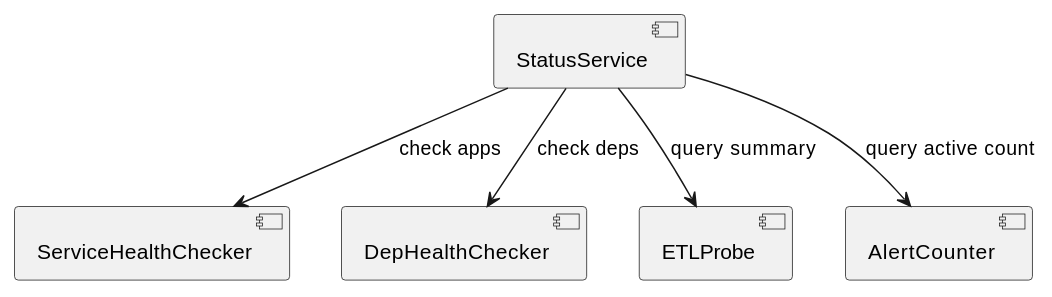
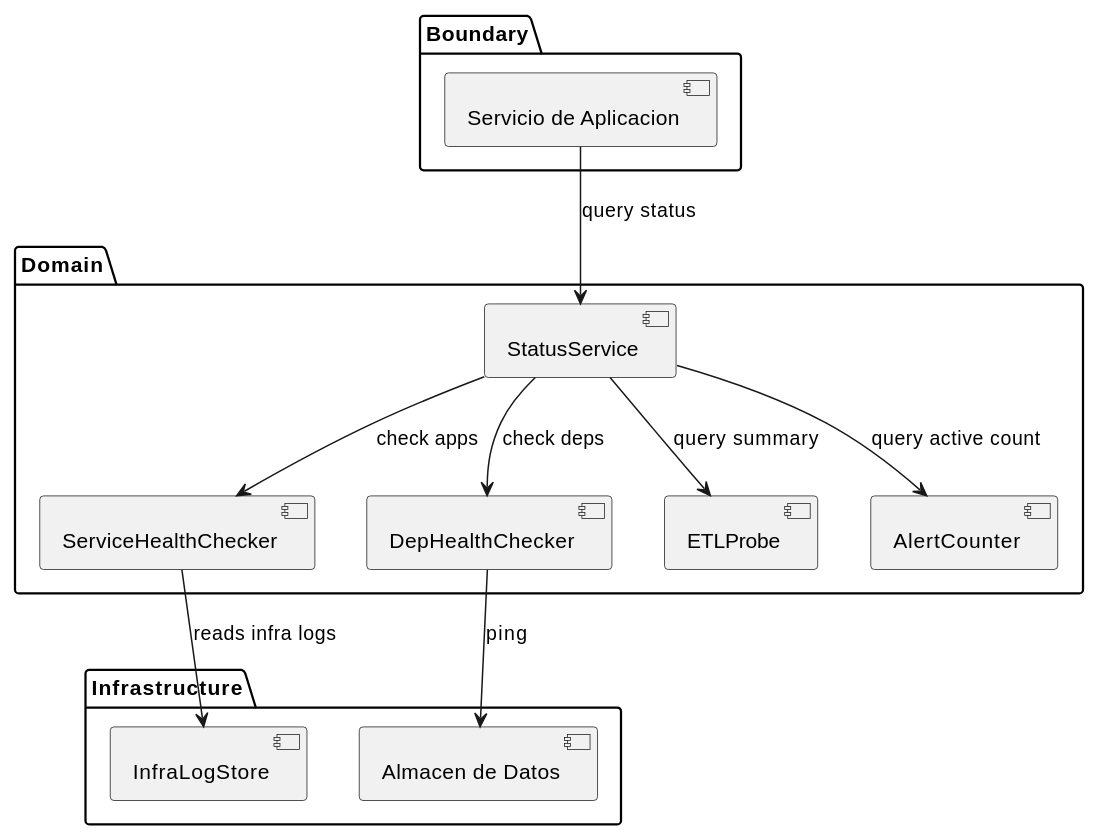
Before and after one commit to jcg-admin/IACT-docs: the diagram in source/requisitos/casos-uso/logs/uc-log-06/diagramas-uml/diagrama-de-componentes.rst, drawn with PlantUML. The commit also changed other lines of this file, not shown here.

Commit message:
Complement diagrama-de-componentes for uc-log-06
T-CO-26: refactors components diagram into Boundary/Domain/
Infrastructure packages to satisfy panorama axis (UML-07).
Adds infra-log-store, technical-metric refs.

Refs: T-CO-26, panorama

```diff
--- a/source/requisitos/casos-uso/logs/uc-log-06/diagramas-uml/diagrama-de-componentes.rst
+++ b/source/requisitos/casos-uso/logs/uc-log-06/diagramas-uml/diagrama-de-componentes.rst
@@ -6,17 +6,33 @@
 .. uml::
- :caption: UC_LOG_06 — componentes del Status Service.
+ :caption: UC_LOG_06 — componentes del Status Service
+           agrupados por capa (Boundary / Domain /
+           Infrastructure).
 
  @startuml
 
- component "StatusService" as StatusService
- component "ServiceHealthChecker" as ServiceHealthChecker
- component "DepHealthChecker" as DepHealthChecker
- component "ETLProbe" as ETLProbe
- component "AlertCounter" as AlertCounter
+ package "Boundary" {
+   component "Servicio de Aplicacion" as SA
+ }
 
+ package "Domain" {
+   component "StatusService" as StatusService
+   component "ServiceHealthChecker" as ServiceHealthChecker
+   component "DepHealthChecker" as DepHealthChecker
+   component "ETLProbe" as ETLProbe
+   component "AlertCounter" as AlertCounter
+ }
+
+ package "Infrastructure" {
+   component "InfraLogStore" as InfraLogStore
+   component "Almacen de Datos" as AlmacenDatos
+ }
+
+ SA --> StatusService : query status
  StatusService --> ServiceHealthChecker : check apps
  StatusService --> DepHealthChecker : check deps
  StatusService --> ETLProbe : query summary
  StatusService --> AlertCounter : query active count
+ ServiceHealthChecker --> InfraLogStore : reads infra logs
+ DepHealthChecker --> AlmacenDatos : ping
 
  @enduml
```
